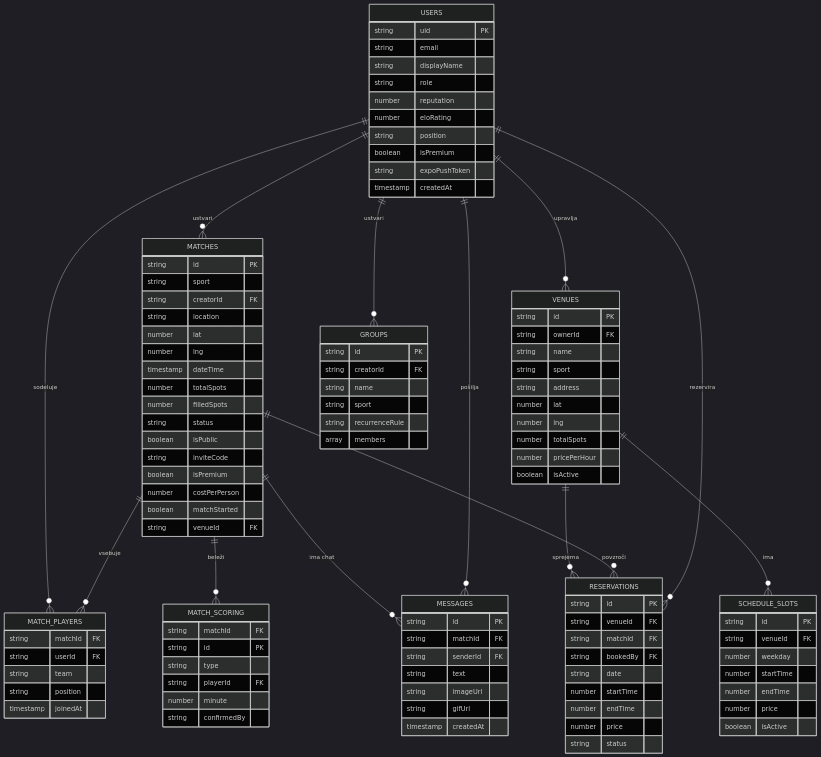
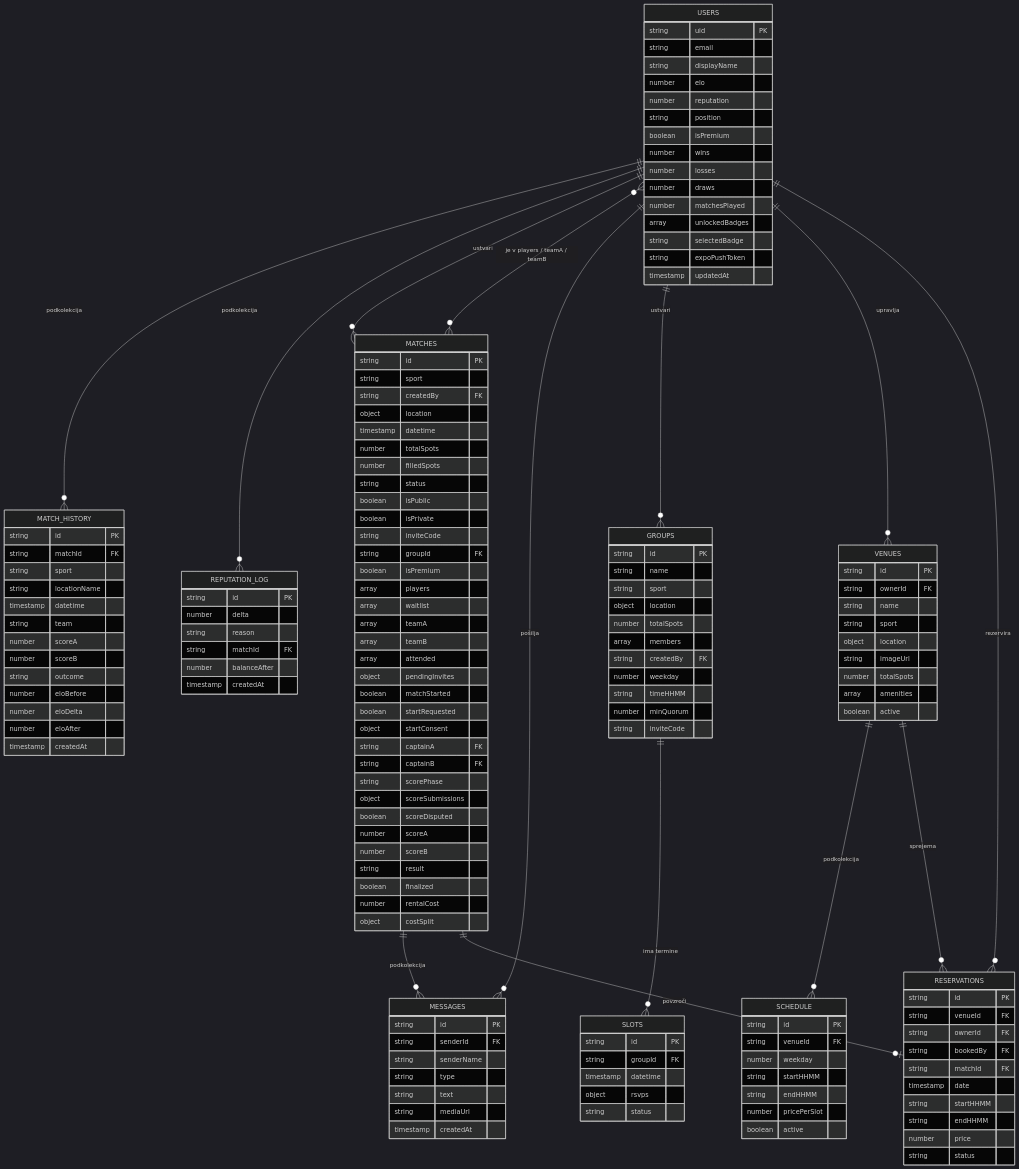
The second of 11 diagrams in README.md (ninolisjak/gameon_projekt), drawn with Mermaid (dark theme) before and after one commit. The commit also changed other lines of this file, not shown here.

Commit message:
Updatana dokumentacija - ER,DPU,ARHITEKTURA, OPISI

````diff
--- a/README.md
+++ b/README.md
@@ -153,49 +179,111 @@
         string uid PK
         string email
         string displayName
-        string role
+        number elo
         number reputation
-        number eloRating
         string position
         boolean isPremium
+        number wins
+        number losses
+        number draws
+        number matchesPlayed
+        array unlockedBadges
+        string selectedBadge
         string expoPushToken
+        timestamp updatedAt
+    }
+
+    MATCH_HISTORY {
+        string id PK
+        string matchId FK
+        string sport
+        string locationName
+        timestamp datetime
+        string team
+        number scoreA
+        number scoreB
+        string outcome
+        number eloBefore
+        number eloDelta
+        number eloAfter
+        timestamp createdAt
+    }
+
+    REPUTATION_LOG {
+        string id PK
+        number delta
+        string reason
+        string matchId FK
+        number balanceAfter
         timestamp createdAt
     }
 
     MATCHES {
         string id PK
         string sport
-        string creatorId FK
-        string location
-        number lat
-        number lng
-        timestamp dateTime
+        string createdBy FK
+        object location
+        timestamp datetime
         number totalSpots
         number filledSpots
         string status
         boolean isPublic
+        boolean isPrivate
         string inviteCode
+        string groupId FK
         boolean isPremium
-        number costPerPerson
+        array players
+        array waitlist
+        array teamA
+        array teamB
+        array attended
+        object pendingInvites
         boolean matchStarted
-        string venueId FK
+        boolean startRequested
+        object startConsent
+        string captainA FK
+        string captainB FK
+        string scorePhase
+        object scoreSubmissions
+        boolean scoreDisputed
+        number scoreA
+        number scoreB
+        string result
+        boolean finalized
+        number rentalCost
+        object costSplit
     }
 
-    MATCH_PLAYERS {
-        string matchId FK
-        string userId FK
-        string team
-        string position
-        timestamp joinedAt
+    MESSAGES {
+        string id PK
+        string senderId FK
+        string senderName
+        string type
+        string text
+        string mediaUrl
+        timestamp createdAt
     }
 
-    MATCH_SCORING {
-        string matchId FK
+    GROUPS {
         string id PK
-        string type
-        string playerId FK
-        number minute
-        string confirmedBy
+        string name
+        string sport
+        object location
+        number totalSpots
+        array members
+        string createdBy FK
+        number weekday
+        string timeHHMM
+        number minQuorum
+        string inviteCode
+    }
+
+    SLOTS {
+        string id PK
+        string groupId FK
+        timestamp datetime
+        object rsvps
+        string status
     }
 
     VENUES {
@@ -203,65 +291,47 @@
         string ownerId FK
         string name
         string sport
-        string address
-        number lat
-        number lng
+        object location
+        string imageUrl
         number totalSpots
-        number pricePerHour
-        boolean isActive
+        array amenities
+        boolean active
     }
 
-    SCHEDULE_SLOTS {
+    SCHEDULE {
         string id PK
         string venueId FK
         number weekday
-        number startTime
-        number endTime
-        number price
-        boolean isActive
+        string startHHMM
+        string endHHMM
+        number pricePerSlot
+        boolean active
     }
 
     RESERVATIONS {
         string id PK
         string venueId FK
+        string ownerId FK
+        string bookedBy FK
         string matchId FK
-        string bookedBy FK
-        string date
-        number startTime
-        number endTime
+        timestamp date
+        string startHHMM
+        string endHHMM
         number price
         string status
     }
 
-    MESSAGES {
-        string id PK
-        string matchId FK
-        string senderId FK
-        string text
-        string imageUrl
-        string gifUrl
-        timestamp createdAt
-    }
-
-    GROUPS {
-        string id PK
-        string creatorId FK
-        string name
-        string sport
-        string recurrenceRule
-        array members
-    }
-
+    USERS ||--o{ MATCH_HISTORY : "podkolekcija"
+    USERS ||--o{ REPUTATION_LOG : "podkolekcija"
     USERS ||--o{ MATCHES : "ustvari"
-    USERS ||--o{ MATCH_PLAYERS : "sodeluje"
-    MATCHES ||--o{ MATCH_PLAYERS : "vsebuje"
-    MATCHES ||--o{ MATCH_SCORING : "beleži"
-    MATCHES ||--o{ MESSAGES : "ima chat"
+    USERS }o--o{ MATCHES : "je v players / teamA / teamB"
+    MATCHES ||--o{ MESSAGES : "podkolekcija"
     USERS ||--o{ MESSAGES : "pošilja"
-    VENUES ||--o{ SCHEDULE_SLOTS : "ima"
+    USERS ||--o{ GROUPS : "ustvari"
+    GROUPS ||--o{ SLOTS : "ima termine"
+    USERS ||--o{ VENUES : "upravlja"
+    VENUES ||--o{ SCHEDULE : "podkolekcija"
     VENUES ||--o{ RESERVATIONS : "sprejema"
-    MATCHES ||--o{ RESERVATIONS : "povzroči"
     USERS ||--o{ RESERVATIONS : "rezervira"
-    USERS ||--o{ VENUES : "upravlja"
-    USERS ||--o{ GROUPS : "ustvari"
+    MATCHES ||--o| RESERVATIONS : "povzroči"
 ```
````
